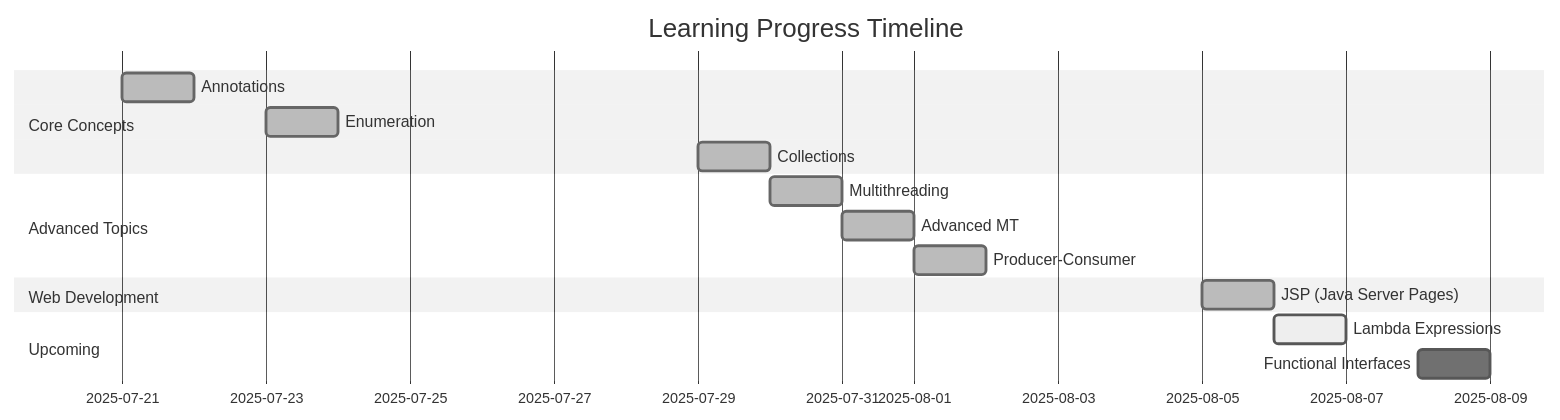
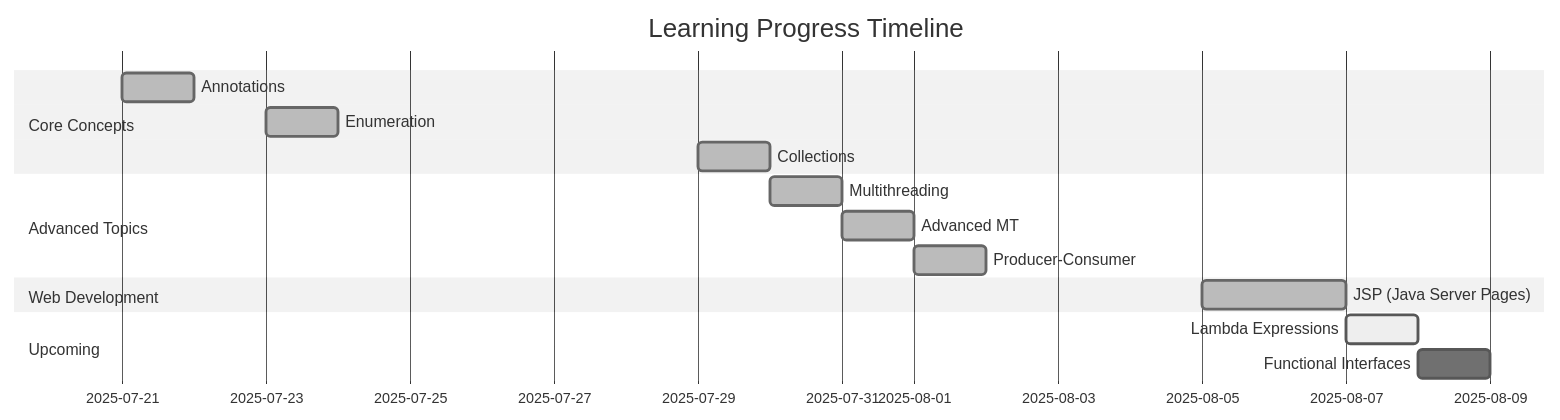
Before and after one commit to Piyush64-bit/AdvanceJava-Programs: the fourth of 6 diagrams in README.md, drawn with Mermaid (neutral theme). The commit also changed other lines of this file and 1 other file, not shown here.

````diff
--- a/README.md
+++ b/README.md
@@ -198,18 +199,18 @@
 ```mermaid
 gantt
     title Learning Progress Timeline
     dateFormat  YYYY-MM-DD
     section Core Concepts
     Annotations        :done, ann, 2025-07-21, 1d
     Enumeration       :done, enum, 2025-07-23, 1d
     Collections       :done, coll, 2025-07-29, 1d
     section Advanced Topics
     Multithreading    :done, mt1, 2025-07-30, 1d
     Advanced MT       :done, mt2, 2025-07-31, 1d
     Producer-Consumer :done, pc, 2025-08-01, 1d
     section Web Development
-    JSP (Java Server Pages) :done, jsp, 2025-08-05, 1d
+    JSP (Java Server Pages) :done, jsp, 2025-08-05, 2d
     section Upcoming
-    Lambda Expressions :active, lambda, 2025-08-06, 1d
+    Lambda Expressions :active, lambda, 2025-08-07, 1d
     Functional Interfaces : fi, 2025-08-08, 1d
 ```
````
